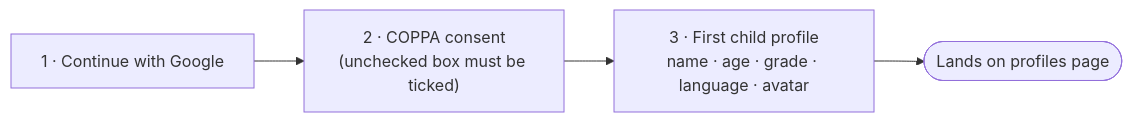
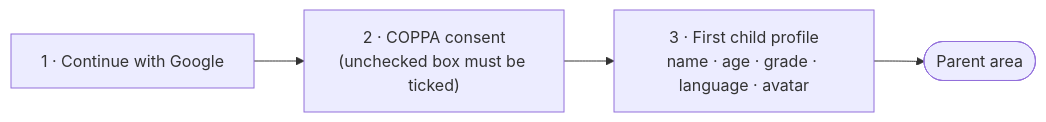
Diagram 13 of 26 in document/user-journey-manual.md (salmanbd100/kidlearn), drawn with Mermaid before and after one commit. The commit also changed other lines of this file and 43 other files, not shown here.

````diff
--- a/document/user-journey-manual.md
+++ b/document/user-journey-manual.md
@@ -423,6 +427,6 @@
 ```mermaid
 flowchart LR
     L["1 · Continue with Google"] --> Co["2 · COPPA consent<br/>(unchecked box must be ticked)"]
     Co --> Ch["3 · First child profile<br/>name · age · grade · language · avatar"]
-    Ch --> Done([Lands on profiles page])
+    Ch --> Done([Parent area])
 ```
````
